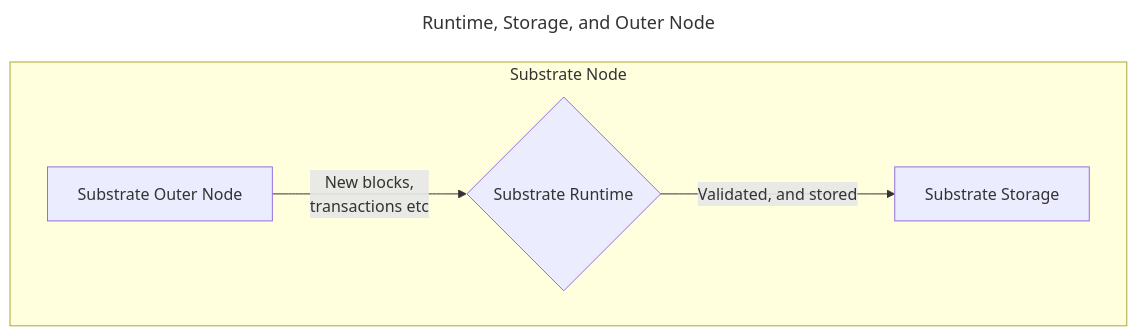
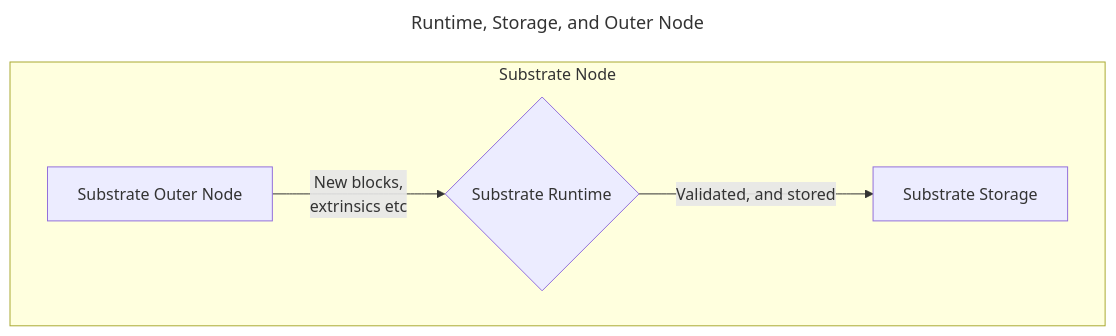
One commit to w3f/w3f-education changed the diagram in docs/Substrate/section2/substrate-runtime.md. Above: the diagram before and after it, drawn with Mermaid. The commit also changed other lines of this file and 1 other file, not shown here.

Commit message:
add pallet draft

````diff
--- a/docs/Substrate/section2/substrate-runtime.md
+++ b/docs/Substrate/section2/substrate-runtime.md
@@ -8,10 +8,10 @@
 ```mermaid
 ---
 title: Runtime, Storage, and Outer Node
 ---
 flowchart LR
  subgraph ide1 [Substrate Node]
     direction LR
-    ON[Substrate Outer Node]-->|New blocks, \n transactions etc| RT{Substrate Runtime}-->|Validated, and stored| ST[Substrate Storage]
+    ON[Substrate Outer Node]-->|New blocks, \n extrinsics etc| RT{Substrate Runtime}-->|Validated, and stored| ST[Substrate Storage]
  end
 ```
````
